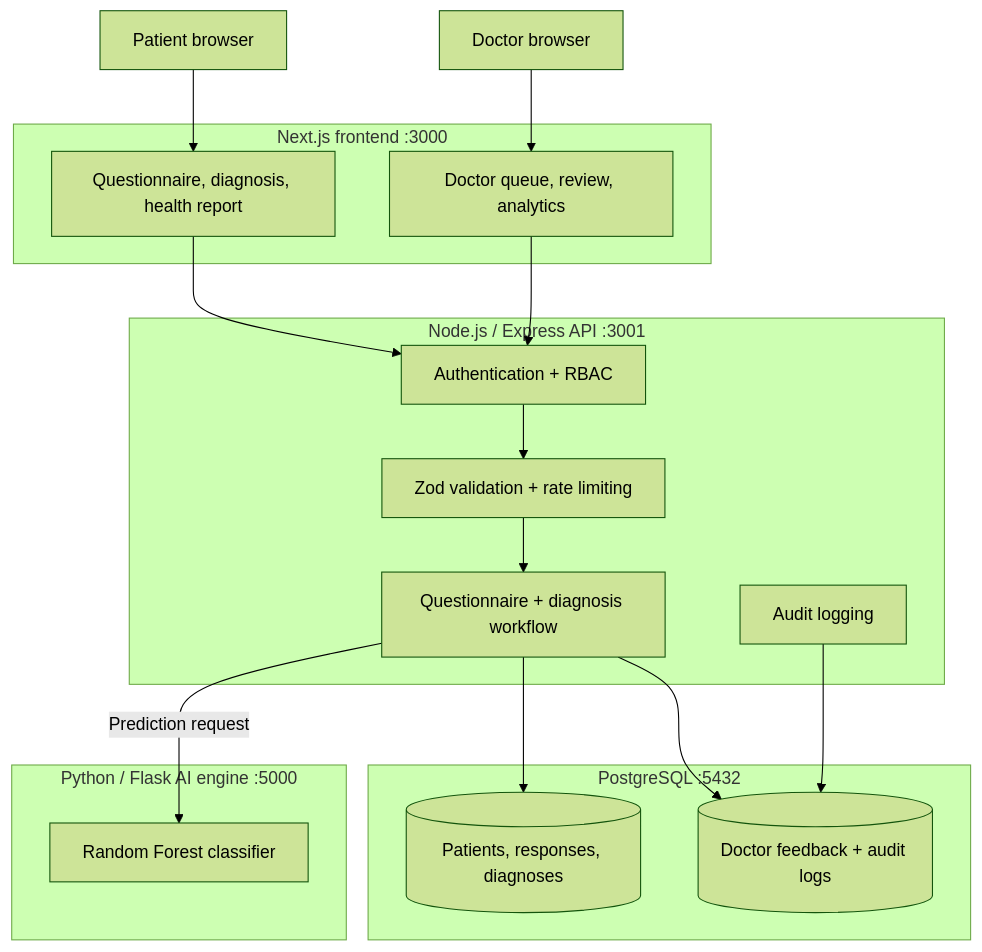
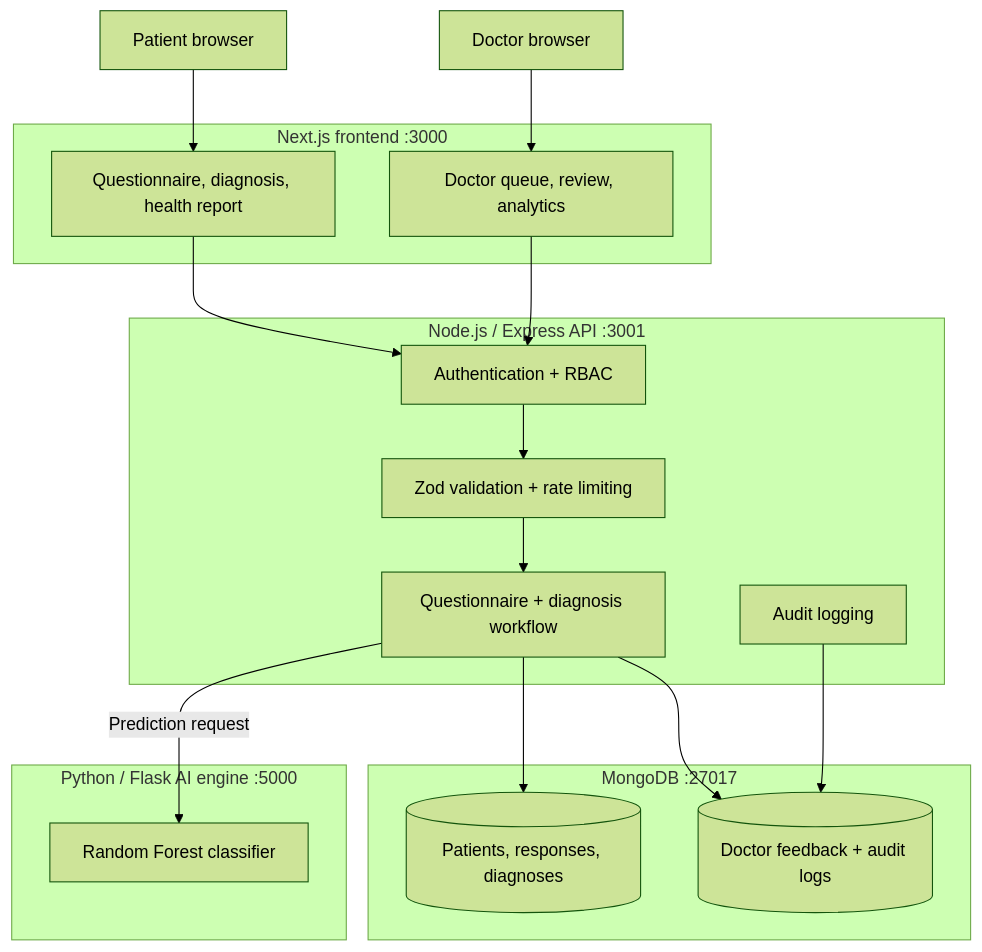
The diagram in README.md (yash23082007/Mediscan-AI), drawn with Mermaid (forest theme) before and after one commit. The commit also changed other lines of this file and 41 other files, not shown here.

````diff
--- a/README.md
+++ b/README.md
@@ -70,37 +70,37 @@
 ```mermaid
 flowchart TB
     Patient["Patient browser"]
     Doctor["Doctor browser"]
 
     subgraph Frontend["Next.js frontend :3000"]
         PatientUI["Questionnaire, diagnosis, health report"]
         DoctorUI["Doctor queue, review, analytics"]
     end
 
     subgraph API["Node.js / Express API :3001"]
         Auth["Authentication + RBAC"]
         Validation["Zod validation + rate limiting"]
         Workflow["Questionnaire + diagnosis workflow"]
         Audit["Audit logging"]
     end
 
-    subgraph Storage["PostgreSQL :5432"]
+    subgraph Storage["MongoDB :27017"]
         Data[("Patients, responses, diagnoses")]
         Feedback[("Doctor feedback + audit logs")]
     end
 
     subgraph AI["Python / Flask AI engine :5000"]
         Model["Random Forest classifier"]
     end
 
     Patient --> PatientUI
     Doctor --> DoctorUI
     PatientUI --> Auth
     DoctorUI --> Auth
     Auth --> Validation
     Validation --> Workflow
     Workflow --> Data
     Workflow -->|"Prediction request"| Model
     Workflow --> Feedback
     Audit --> Feedback
 ```
````
